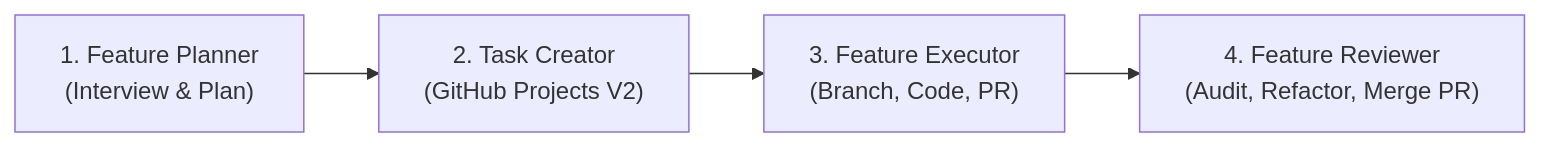
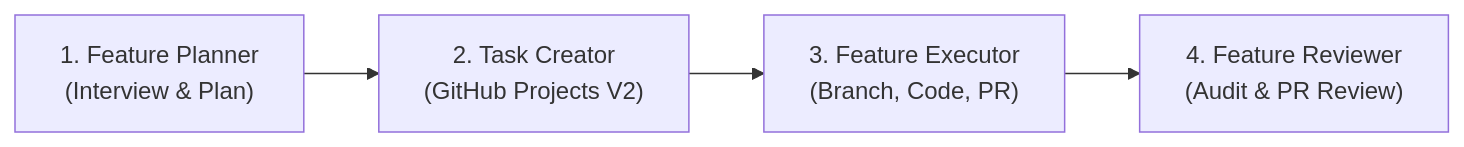
The diagram in skills/feature-workflow/SKILL.md (phmmyadmin/Fit-tracker), drawn with Mermaid before and after one commit. The commit also changed other lines of this file and 4 other files, not shown here.

Commit message:
docs(skills): upgrade skills with GitHub Project V2 direct GraphQL integration, generic LLM prompt rules, and Supabase serverless patterns

````diff
--- a/skills/feature-workflow/SKILL.md
+++ b/skills/feature-workflow/SKILL.md
@@ -10,6 +10,6 @@
 ```mermaid
 flowchart LR
     A["1. Feature Planner\n(Interview & Plan)"] --> B["2. Task Creator\n(GitHub Projects V2)"]
     B --> C["3. Feature Executor\n(Branch, Code, PR)"]
-    C --> D["4. Feature Reviewer\n(Audit, Refactor, Merge PR)"]
+    C --> D["4. Feature Reviewer\n(Audit & PR Review)"]
 ```
````
